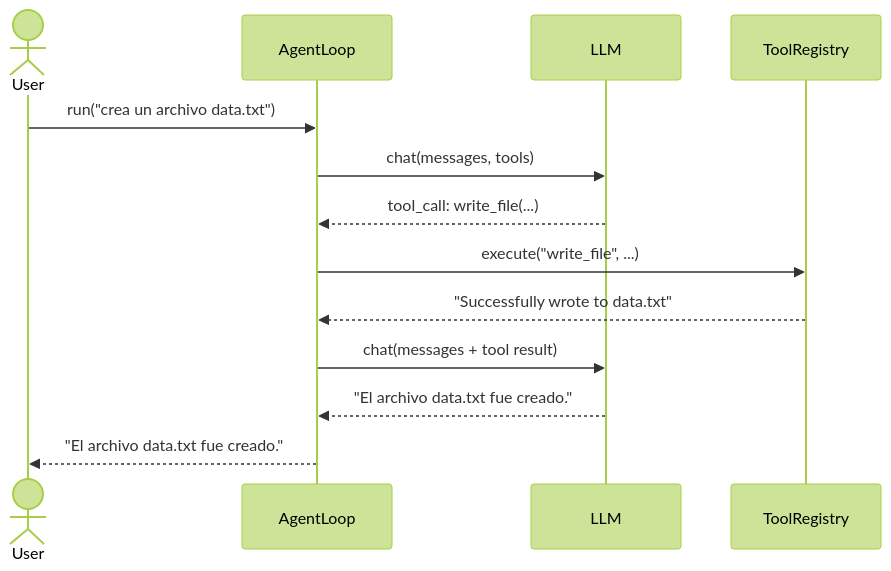
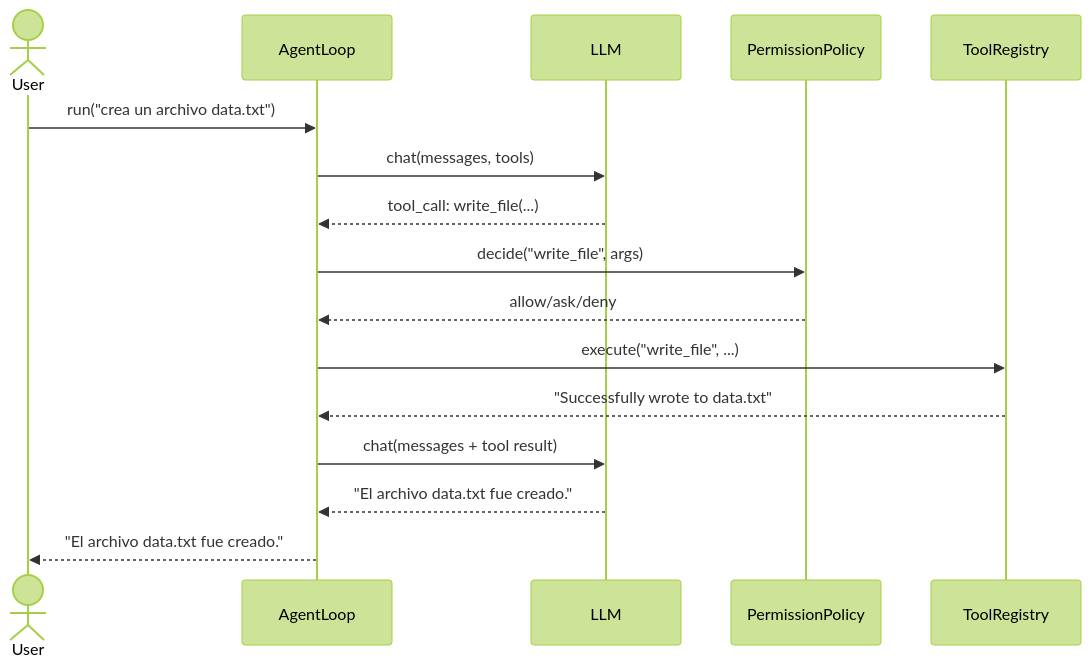
One commit to rafnixg/agent-harness changed the diagram in docs/agent-loop.md. Above: the diagram before and after it, drawn with Mermaid (forest theme). The commit also changed other lines of this file and 10 other files, not shown here.

````diff
--- a/docs/agent-loop.md
+++ b/docs/agent-loop.md
@@ -121,16 +122,19 @@
 ```mermaid
 sequenceDiagram
     actor User
     participant Agent as AgentLoop
     participant LLM
+    participant Policy as PermissionPolicy
     participant Tool as ToolRegistry
 
     User->>Agent: run("crea un archivo data.txt")
     Agent->>LLM: chat(messages, tools)
     LLM-->>Agent: tool_call: write_file(...)
+    Agent->>Policy: decide("write_file", args)
+    Policy-->>Agent: allow/ask/deny
     Agent->>Tool: execute("write_file", ...)
     Tool-->>Agent: "Successfully wrote to data.txt"
     Agent->>LLM: chat(messages + tool result)
     LLM-->>Agent: "El archivo data.txt fue creado."
     Agent-->>User: "El archivo data.txt fue creado."
 ```
````
